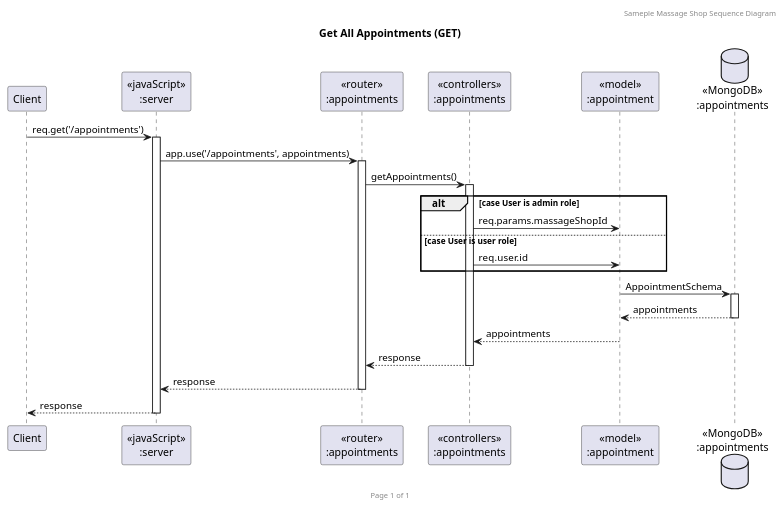
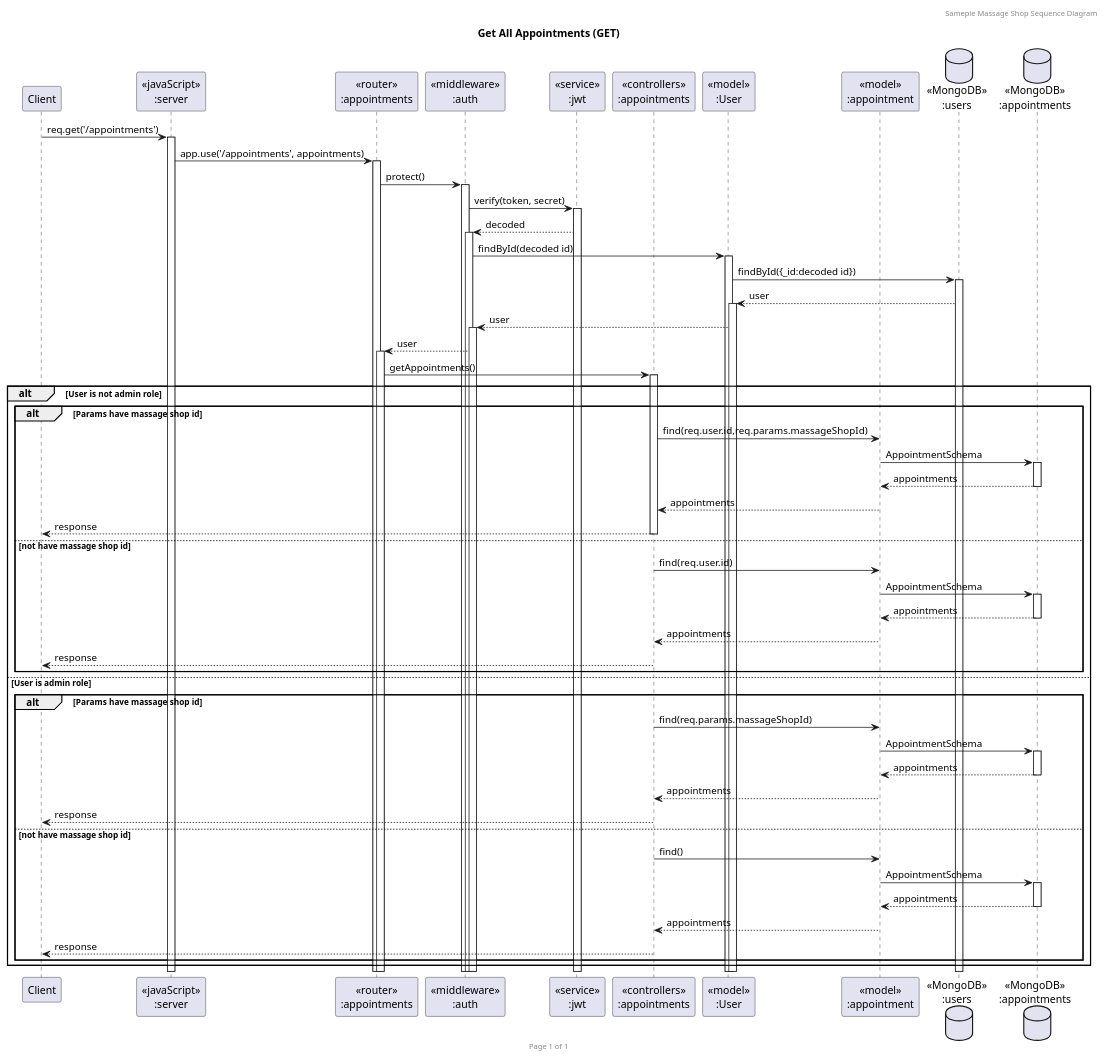
One commit to BabeTanya/massage-catherine changed the diagram in sequence_diagram/MassageSequence_getAllAppointment.puml. Above: the diagram before and after it, drawn with PlantUML. The commit also changed 13 other files, not shown here.

Commit message:
Revise sequence diagram and import new collection postman

```diff
--- a/sequence_diagram/MassageSequence_getAllAppointment.puml
+++ b/sequence_diagram/MassageSequence_getAllAppointment.puml
@@ -1,29 +1,59 @@
 @startuml Get All Appointments (GET)
 
 header Sameple Massage Shop Sequence Diagram
 footer Page %page% of %lastpage%
 title "Get All Appointments (GET)"
 
 participant "Client" as client
 participant "<<javaScript>>\n:server" as server
 participant "<<router>>\n:appointments" as routerAppointments
+participant "<<middleware>>\n:auth" as middleware
+participant "<<service>>\n:jwt" as service
 participant "<<controllers>>\n:appointments" as controllersAppointments
+participant "<<model>>\n:User" as modelUser
 participant "<<model>>\n:appointment" as modelAppointment
+database "<<MongoDB>>\n:users" as UsersDatabase
 database "<<MongoDB>>\n:appointments" as AppointmentsDatabase
 
 client->server ++:req.get('/appointments')
 server->routerAppointments ++:app.use('/appointments', appointments)
+routerAppointments -> middleware ++:protect()
+middleware -> service ++:verify(token, secret)
+middleware <-- service ++:decoded
+middleware -> modelUser ++:findById(decoded id)
+modelUser -> UsersDatabase ++:findById({_id:decoded id})
+modelUser <-- UsersDatabase ++:user
+middleware <-- modelUser ++:user
+routerAppointments <-- middleware ++:user
 routerAppointments -> controllersAppointments ++:getAppointments()
-alt case User is admin role
-controllersAppointments->modelAppointment: req.params.massageShopId
-else case User is user role
-controllersAppointments->modelAppointment: req.user.id
+alt User is not admin role
+  alt Params have massage shop id
+    controllersAppointments->modelAppointment: find(req.user.id,req.params.massageShopId)
+    modelAppointment ->AppointmentsDatabase ++: AppointmentSchema
+    AppointmentsDatabase --> modelAppointment --: appointments
+    controllersAppointments <-- modelAppointment --:appointments
+    client <-- controllersAppointments --:response
+  else not have massage shop id
+    controllersAppointments->modelAppointment: find(req.user.id)
+    modelAppointment ->AppointmentsDatabase ++: AppointmentSchema
+    AppointmentsDatabase --> modelAppointment --: appointments
+    controllersAppointments <-- modelAppointment --:appointments
+    client <-- controllersAppointments --:response
+  end
+else User is admin role
+  alt Params have massage shop id
+    controllersAppointments->modelAppointment: find(req.params.massageShopId)
+    modelAppointment ->AppointmentsDatabase ++: AppointmentSchema
+    AppointmentsDatabase --> modelAppointment --: appointments
+    controllersAppointments <-- modelAppointment --:appointments
+    client <-- controllersAppointments --:response
+  else not have massage shop id
+    controllersAppointments->modelAppointment: find()
+    modelAppointment ->AppointmentsDatabase ++: AppointmentSchema
+    AppointmentsDatabase --> modelAppointment --: appointments
+    controllersAppointments <-- modelAppointment --:appointments
+    client <-- controllersAppointments --:response
+  end
 end
-modelAppointment ->AppointmentsDatabase ++: AppointmentSchema
-AppointmentsDatabase --> modelAppointment --: appointments
-controllersAppointments <-- modelAppointment --:appointments
-routerAppointments <-- controllersAppointments --:response
-server <-- routerAppointments --:response
-client <-- server --:response
 
 @enduml
```
